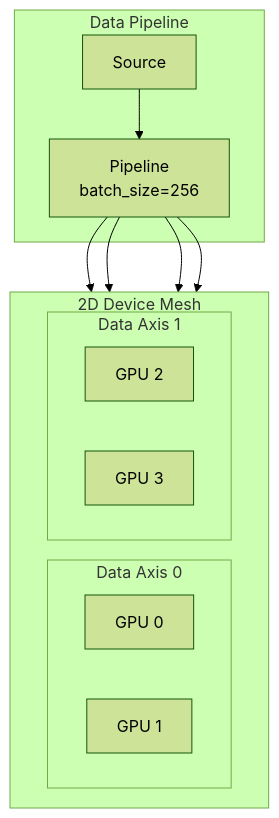
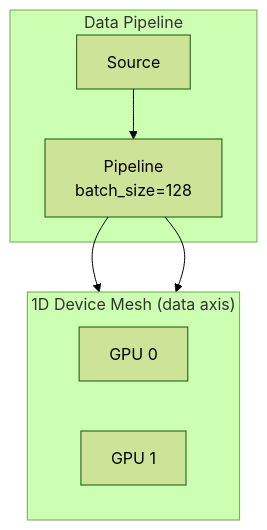
The diagram in docs/examples/advanced/distributed/sharding-guide.md (avitai/datarax), drawn with Mermaid (forest theme) before and after one commit. The commit also changed other lines of this file and 257 other files, not shown here.

````diff
--- a/docs/examples/advanced/distributed/sharding-guide.md
+++ b/docs/examples/advanced/distributed/sharding-guide.md
@@ -58,20 +58,14 @@
 ```mermaid
 flowchart TB
     subgraph Source["Data Pipeline"]
-        S[Source] --> P[Pipeline<br/>batch_size=256]
+        S[Source] --> P[Pipeline<br/>batch_size=128]
     end
 
-    subgraph Mesh["2D Device Mesh"]
+    subgraph Mesh["1D Device Mesh (data axis)"]
         direction LR
-        subgraph Row1["Data Axis 0"]
-            D0[GPU 0]
-            D1[GPU 1]
-        end
-        subgraph Row2["Data Axis 1"]
-            D2[GPU 2]
-            D3[GPU 3]
-        end
+        D0[GPU 0]
+        D1[GPU 1]
     end
 
-    P --> D0 & D1 & D2 & D3
+    P --> D0 & D1
 ```
````
